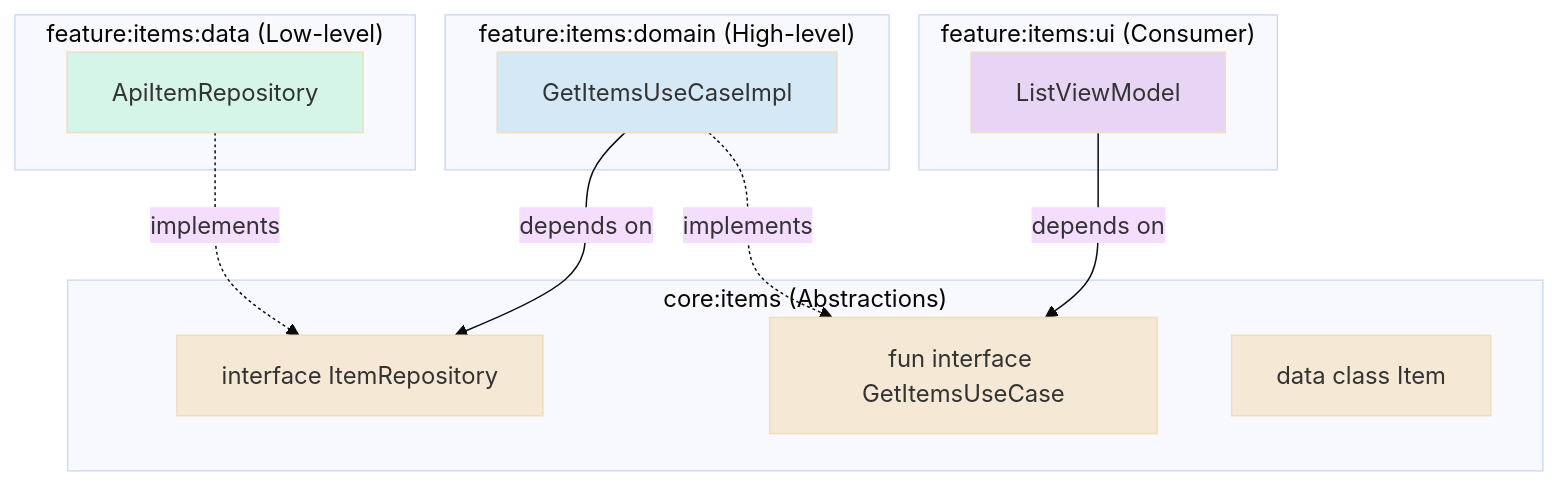
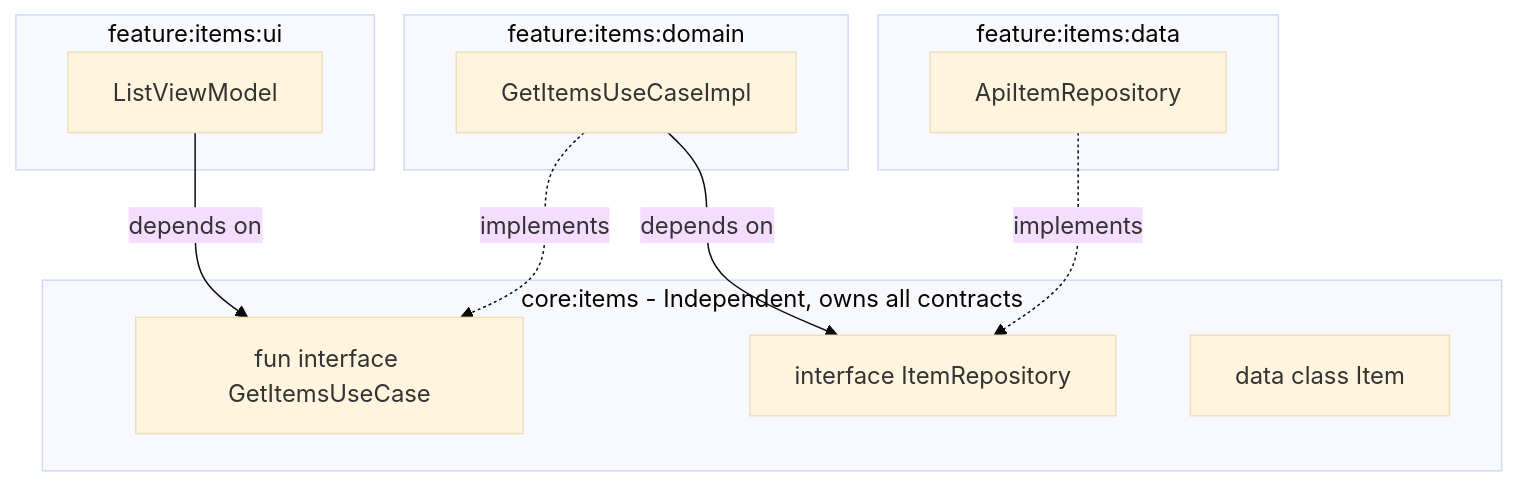
Before and after one commit to Ashanen/Castociasto: the fifth of 9 diagrams in README.md, drawn with Mermaid (base theme). The commit also changed other lines of this file, not shown here.

Commit message:
Update README: feature isolation, domain-centric architecture, remove custom colors

````diff
--- a/README.md
+++ b/README.md
@@ -297,32 +325,25 @@
 ```mermaid
 graph TB
-    subgraph "core:items (Abstractions)"
-        IR["interface ItemRepository"]
-        GIU["fun interface GetItemsUseCase"]
-        IM["data class Item"]
+    subgraph "feature:items:ui"
+        LVM[ListViewModel]
     end
 
-    subgraph "feature:items:domain (High-level)"
-        GIUI["GetItemsUseCaseImpl"]
+    subgraph "feature:items:domain"
+        GIUI[GetItemsUseCaseImpl]
     end
 
-    subgraph "feature:items:data (Low-level)"
-        AIR["ApiItemRepository"]
+    subgraph "feature:items:data"
+        AIR[ApiItemRepository]
     end
 
-    subgraph "feature:items:ui (Consumer)"
-        LVM["ListViewModel"]
+    subgraph "core:items - Independent, owns all contracts"
+        GIU[fun interface GetItemsUseCase]
+        IR[interface ItemRepository]
+        IM[data class Item]
     end
 
-    GIUI -.->|"implements"| GIU
-    AIR -.->|"implements"| IR
-    GIUI -->|"depends on"| IR
-    LVM -->|"depends on"| GIU
-
-    style IR fill:#F5E8D5
-    style GIU fill:#F5E8D5
-    style IM fill:#F5E8D5
-    style GIUI fill:#D5E8F5
-    style AIR fill:#D5F5E8
-    style LVM fill:#E8D5F5
+    LVM -->|depends on| GIU
+    GIUI -.->|implements| GIU
+    GIUI -->|depends on| IR
+    AIR -.->|implements| IR
 ```
````
